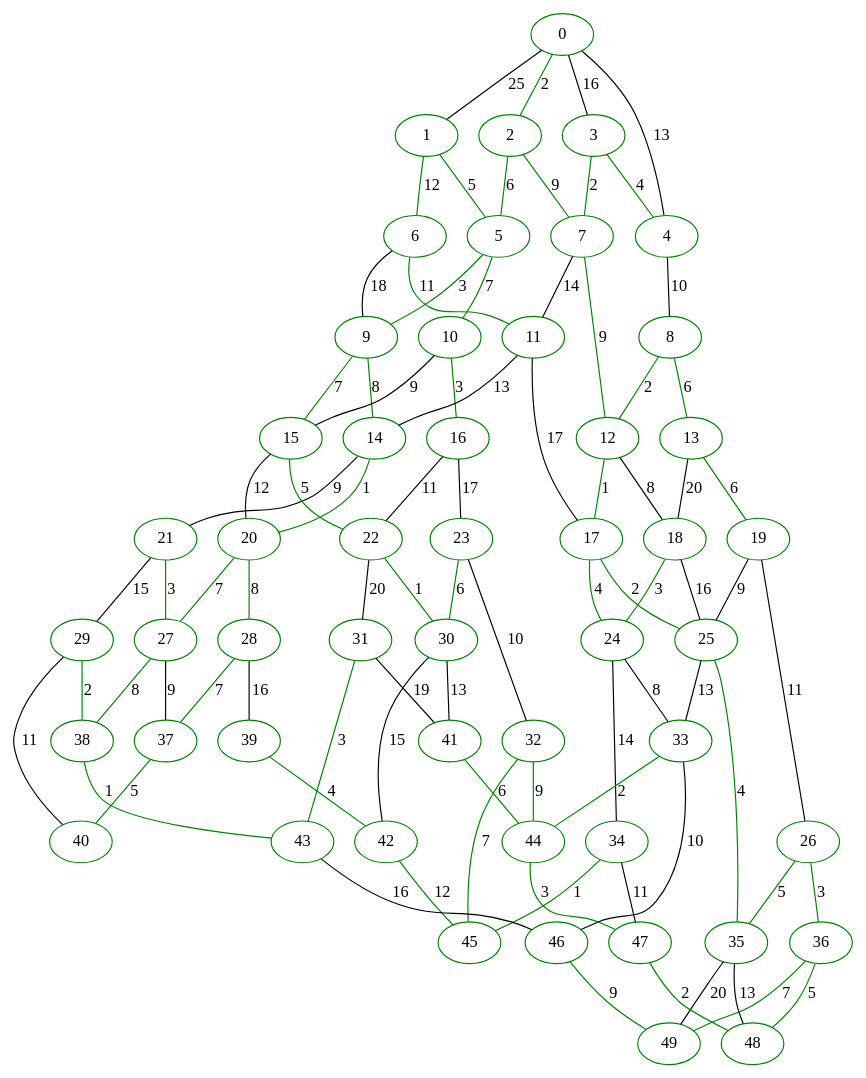
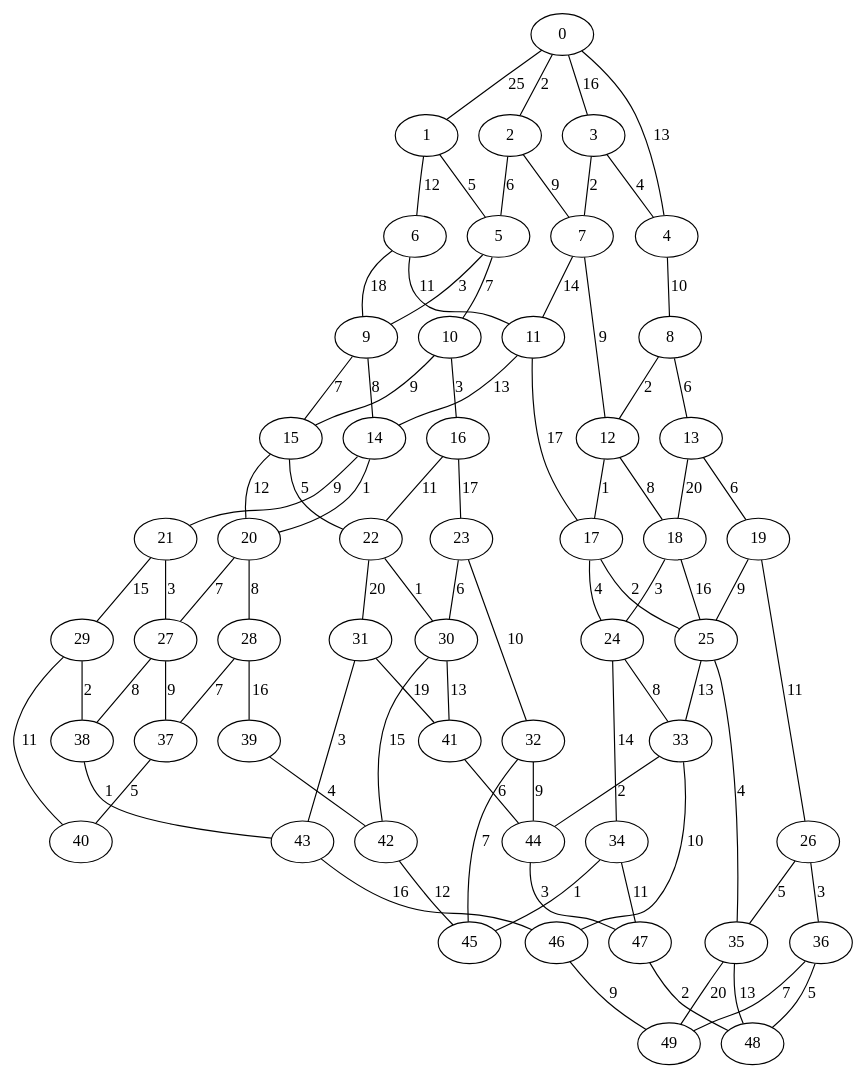
Before and after one commit to enzobonf/algoritmos-grafos: the diagram in output.dot, drawn with Graphviz. The commit also changed 2 other files, not shown here.

```diff
--- a/output.dot
+++ b/output.dot
@@ -1,136 +1,136 @@
 graph G {
-0 [label="0", color=green];
-1 [label="1", color=green];
-2 [label="2", color=green];
-3 [label="3", color=green];
-4 [label="4", color=green];
-5 [label="5", color=green];
-6 [label="6", color=green];
-7 [label="7", color=green];
-8 [label="8", color=green];
-9 [label="9", color=green];
-10 [label="10", color=green];
-11 [label="11", color=green];
-12 [label="12", color=green];
-13 [label="13", color=green];
-14 [label="14", color=green];
-15 [label="15", color=green];
-16 [label="16", color=green];
-17 [label="17", color=green];
-18 [label="18", color=green];
-19 [label="19", color=green];
-20 [label="20", color=green];
-21 [label="21", color=green];
-22 [label="22", color=green];
-23 [label="23", color=green];
-24 [label="24", color=green];
-25 [label="25", color=green];
-26 [label="26", color=green];
-27 [label="27", color=green];
-28 [label="28", color=green];
-29 [label="29", color=green];
-30 [label="30", color=green];
-31 [label="31", color=green];
-32 [label="32", color=green];
-33 [label="33", color=green];
-34 [label="34", color=green];
-35 [label="35", color=green];
-36 [label="36", color=green];
-37 [label="37", color=green];
-38 [label="38", color=green];
-39 [label="39", color=green];
-40 [label="40", color=green];
-41 [label="41", color=green];
-42 [label="42", color=green];
-43 [label="43", color=green];
-44 [label="44", color=green];
-45 [label="45", color=green];
-46 [label="46", color=green];
-47 [label="47", color=green];
-48 [label="48", color=green];
-49 [label="49", color=green];
+0 [label="0"];
+1 [label="1"];
+2 [label="2"];
+3 [label="3"];
+4 [label="4"];
+5 [label="5"];
+6 [label="6"];
+7 [label="7"];
+8 [label="8"];
+9 [label="9"];
+10 [label="10"];
+11 [label="11"];
+12 [label="12"];
+13 [label="13"];
+14 [label="14"];
+15 [label="15"];
+16 [label="16"];
+17 [label="17"];
+18 [label="18"];
+19 [label="19"];
+20 [label="20"];
+21 [label="21"];
+22 [label="22"];
+23 [label="23"];
+24 [label="24"];
+25 [label="25"];
+26 [label="26"];
+27 [label="27"];
+28 [label="28"];
+29 [label="29"];
+30 [label="30"];
+31 [label="31"];
+32 [label="32"];
+33 [label="33"];
+34 [label="34"];
+35 [label="35"];
+36 [label="36"];
+37 [label="37"];
+38 [label="38"];
+39 [label="39"];
+40 [label="40"];
+41 [label="41"];
+42 [label="42"];
+43 [label="43"];
+44 [label="44"];
+45 [label="45"];
+46 [label="46"];
+47 [label="47"];
+48 [label="48"];
+49 [label="49"];
 0 -- 1 [label="25"];
-0 -- 2 [label="2", color=green];
+0 -- 2 [label="2"];
 0 -- 3 [label="16"];
 0 -- 4 [label="13"];
-1 -- 5 [label="5", color=green];
-1 -- 6 [label="12", color=green];
-2 -- 5 [label="6", color=green];
-2 -- 7 [label="9", color=green];
-3 -- 4 [label="4", color=green];
-3 -- 7 [label="2", color=green];
+1 -- 5 [label="5"];
+1 -- 6 [label="12"];
+2 -- 5 [label="6"];
+2 -- 7 [label="9"];
+3 -- 4 [label="4"];
+3 -- 7 [label="2"];
 4 -- 8 [label="10"];
-5 -- 9 [label="3", color=green];
-5 -- 10 [label="7", color=green];
+5 -- 9 [label="3"];
+5 -- 10 [label="7"];
 6 -- 9 [label="18"];
-6 -- 11 [label="11", color=green];
+6 -- 11 [label="11"];
 7 -- 11 [label="14"];
-7 -- 12 [label="9", color=green];
-8 -- 12 [label="2", color=green];
-8 -- 13 [label="6", color=green];
-9 -- 14 [label="8", color=green];
-9 -- 15 [label="7", color=green];
+7 -- 12 [label="9"];
+8 -- 12 [label="2"];
+8 -- 13 [label="6"];
+9 -- 14 [label="8"];
+9 -- 15 [label="7"];
 10 -- 15 [label="9"];
-10 -- 16 [label="3", color=green];
+10 -- 16 [label="3"];
 11 -- 14 [label="13"];
 11 -- 17 [label="17"];
-12 -- 17 [label="1", color=green];
+12 -- 17 [label="1"];
 12 -- 18 [label="8"];
 13 -- 18 [label="20"];
-13 -- 19 [label="6", color=green];
-14 -- 20 [label="1", color=green];
+13 -- 19 [label="6"];
+14 -- 20 [label="1"];
 14 -- 21 [label="9"];
 15 -- 20 [label="12"];
-15 -- 22 [label="5", color=green];
+15 -- 22 [label="5"];
 16 -- 22 [label="11"];
 16 -- 23 [label="17"];
-17 -- 24 [label="4", color=green];
-17 -- 25 [label="2", color=green];
-18 -- 24 [label="3", color=green];
+17 -- 24 [label="4"];
+17 -- 25 [label="2"];
+18 -- 24 [label="3"];
 18 -- 25 [label="16"];
 19 -- 25 [label="9"];
 19 -- 26 [label="11"];
-20 -- 27 [label="7", color=green];
-20 -- 28 [label="8", color=green];
-21 -- 27 [label="3", color=green];
+20 -- 27 [label="7"];
+20 -- 28 [label="8"];
+21 -- 27 [label="3"];
 21 -- 29 [label="15"];
-22 -- 30 [label="1", color=green];
+22 -- 30 [label="1"];
 22 -- 31 [label="20"];
-23 -- 30 [label="6", color=green];
+23 -- 30 [label="6"];
 23 -- 32 [label="10"];
 24 -- 33 [label="8"];
 24 -- 34 [label="14"];
 25 -- 33 [label="13"];
-25 -- 35 [label="4", color=green];
-26 -- 35 [label="5", color=green];
-26 -- 36 [label="3", color=green];
+25 -- 35 [label="4"];
+26 -- 35 [label="5"];
+26 -- 36 [label="3"];
 27 -- 37 [label="9"];
-27 -- 38 [label="8", color=green];
-28 -- 37 [label="7", color=green];
+27 -- 38 [label="8"];
+28 -- 37 [label="7"];
 28 -- 39 [label="16"];
-29 -- 38 [label="2", color=green];
+29 -- 38 [label="2"];
 29 -- 40 [label="11"];
 30 -- 41 [label="13"];
 30 -- 42 [label="15"];
 31 -- 41 [label="19"];
-31 -- 43 [label="3", color=green];
-32 -- 44 [label="9", color=green];
-32 -- 45 [label="7", color=green];
-33 -- 44 [label="2", color=green];
+31 -- 43 [label="3"];
+32 -- 44 [label="9"];
+32 -- 45 [label="7"];
+33 -- 44 [label="2"];
 33 -- 46 [label="10"];
-34 -- 45 [label="1", color=green];
+34 -- 45 [label="1"];
 34 -- 47 [label="11"];
 35 -- 48 [label="13"];
 35 -- 49 [label="20"];
-36 -- 48 [label="5", color=green];
-36 -- 49 [label="7", color=green];
-37 -- 40 [label="5", color=green];
-38 -- 43 [label="1", color=green];
-39 -- 42 [label="4", color=green];
-41 -- 44 [label="6", color=green];
-42 -- 45 [label="12", color=green];
+36 -- 48 [label="5"];
+36 -- 49 [label="7"];
+37 -- 40 [label="5"];
+38 -- 43 [label="1"];
+39 -- 42 [label="4"];
+41 -- 44 [label="6"];
+42 -- 45 [label="12"];
 43 -- 46 [label="16"];
-44 -- 47 [label="3", color=green];
-46 -- 49 [label="9", color=green];
-47 -- 48 [label="2", color=green];
+44 -- 47 [label="3"];
+46 -- 49 [label="9"];
+47 -- 48 [label="2"];
 }
```
